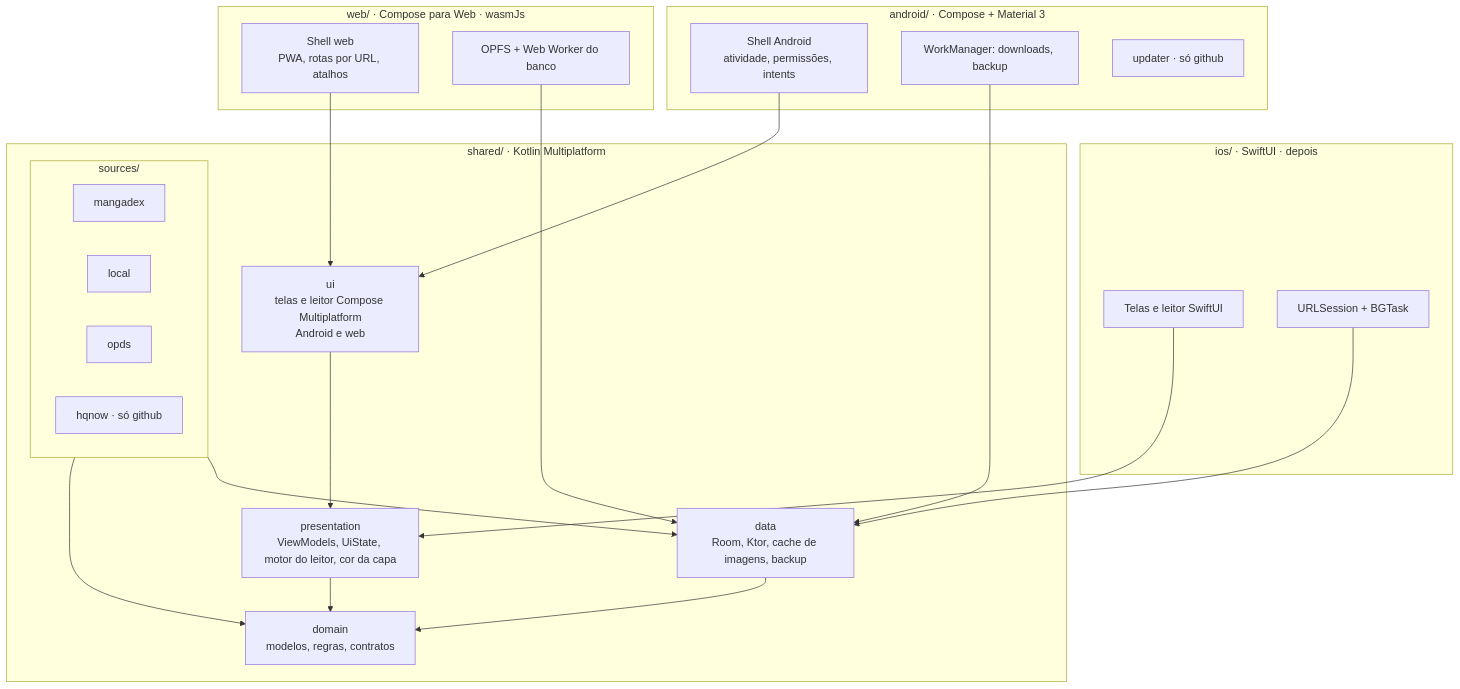
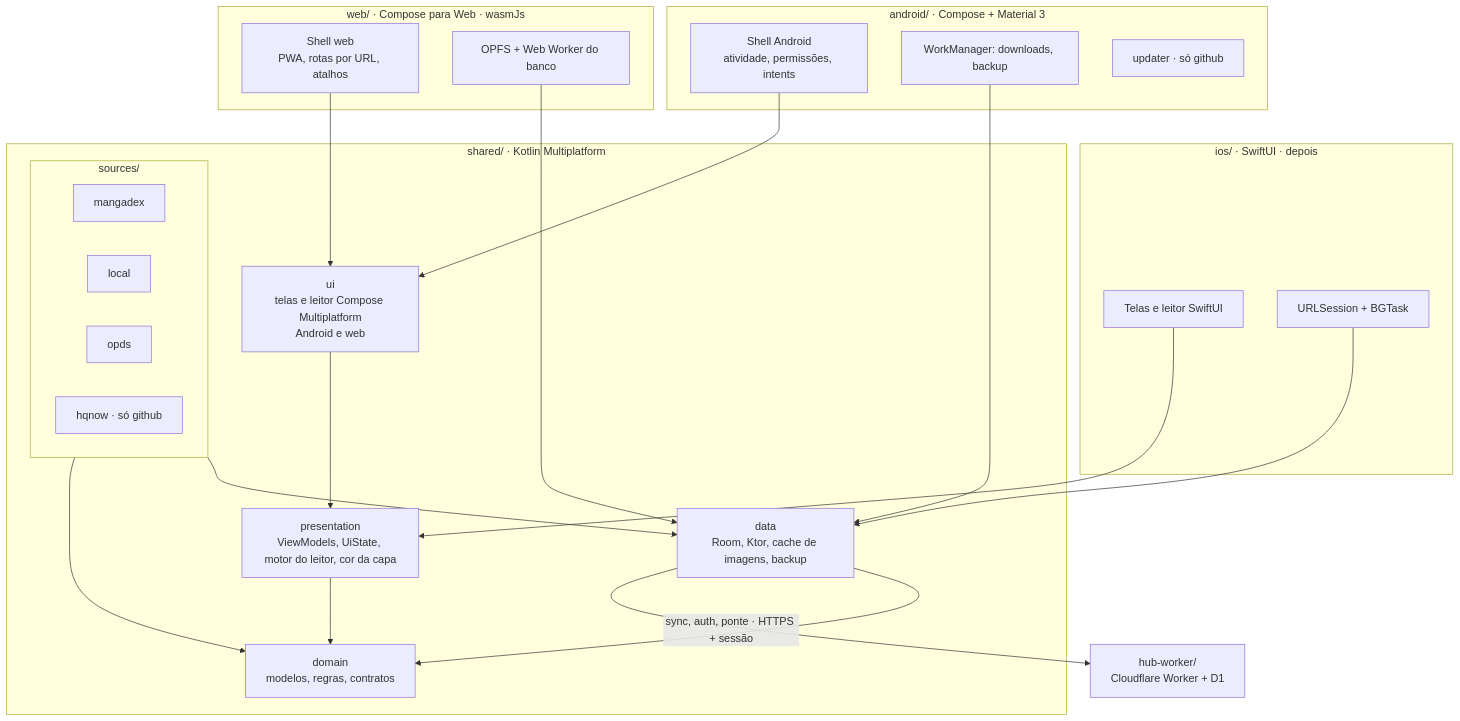
One commit to tiagohs/hqr-comics-reader changed the second of 5 diagrams in docs/architecture.md. Above: the diagram before and after it, drawn with Mermaid. The commit also changed other lines of this file and 5 other files, not shown here.

First line of the commit message:
Docs: account and sync on a personal Worker (RF-119 to RF-125, ADR-027 to ADR-029); the web moves to the Worker

````diff
--- a/docs/architecture.md
+++ b/docs/architecture.md
@@ -48,39 +51,40 @@
 ```mermaid
 flowchart TB
   subgraph android[android/ · Compose + Material 3]
     AUI[Shell Android<br/>atividade, permissões, intents]
     AWK[WorkManager: downloads, backup]
     AUP[updater · só github]
   end
   subgraph web[web/ · Compose para Web · wasmJs]
     WUI[Shell web<br/>PWA, rotas por URL, atalhos]
     WST[OPFS + Web Worker do banco]
   end
   subgraph ios[ios/ · SwiftUI · depois]
     IUI[Telas e leitor SwiftUI]
     IBG[URLSession + BGTask]
   end
   subgraph shared[shared/ · Kotlin Multiplatform]
     UI[ui<br/>telas e leitor Compose Multiplatform<br/>Android e web]
     PRES[presentation<br/>ViewModels, UiState, motor do leitor, cor da capa]
     DOM[domain<br/>modelos, regras, contratos]
     DATA[data<br/>Room, Ktor, cache de imagens, backup]
     subgraph sources[sources/]
       SMD[mangadex]
       SLO[local]
       SOP[opds]
       SHQ[hqnow · só github]
     end
   end
   AUI --> UI
   WUI --> UI
   UI --> PRES
   IUI --> PRES
   WST --> DATA
+  DATA -->|sync, auth, ponte · HTTPS + sessão| HUB[hub-worker/<br/>Cloudflare Worker + D1]
   PRES --> DOM
   DATA --> DOM
   sources --> DOM
   sources --> DATA
   AWK --> DATA
   IBG --> DATA
 ```
````
